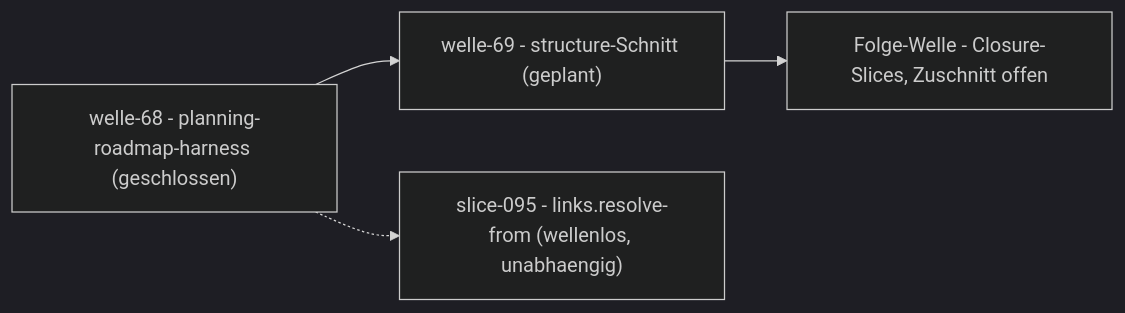
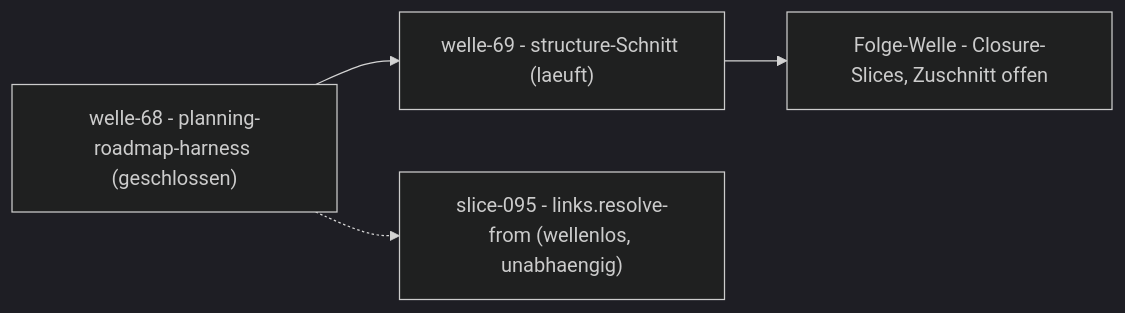
Before and after one commit to pt9912/d-check: the diagram in docs/plan/planning/in-progress/roadmap.md, drawn with Mermaid (dark theme). The commit also changed other lines of this file and 7 other files, not shown here.

````diff
--- a/docs/plan/planning/in-progress/roadmap.md
+++ b/docs/plan/planning/in-progress/roadmap.md
@@ -50,10 +53,10 @@
 ```mermaid
 flowchart LR
     W68["welle-68 - planning-roadmap-harness (geschlossen)"]
-    W69["welle-69 - structure-Schnitt (geplant)"]
+    W69["welle-69 - structure-Schnitt (laeuft)"]
     WF["Folge-Welle - Closure-Slices, Zuschnitt offen"]
     S95["slice-095 - links.resolve-from (wellenlos, unabhaengig)"]
     W68 --> W69
     W69 --> WF
     W68 -.-> S95
 ```
````
